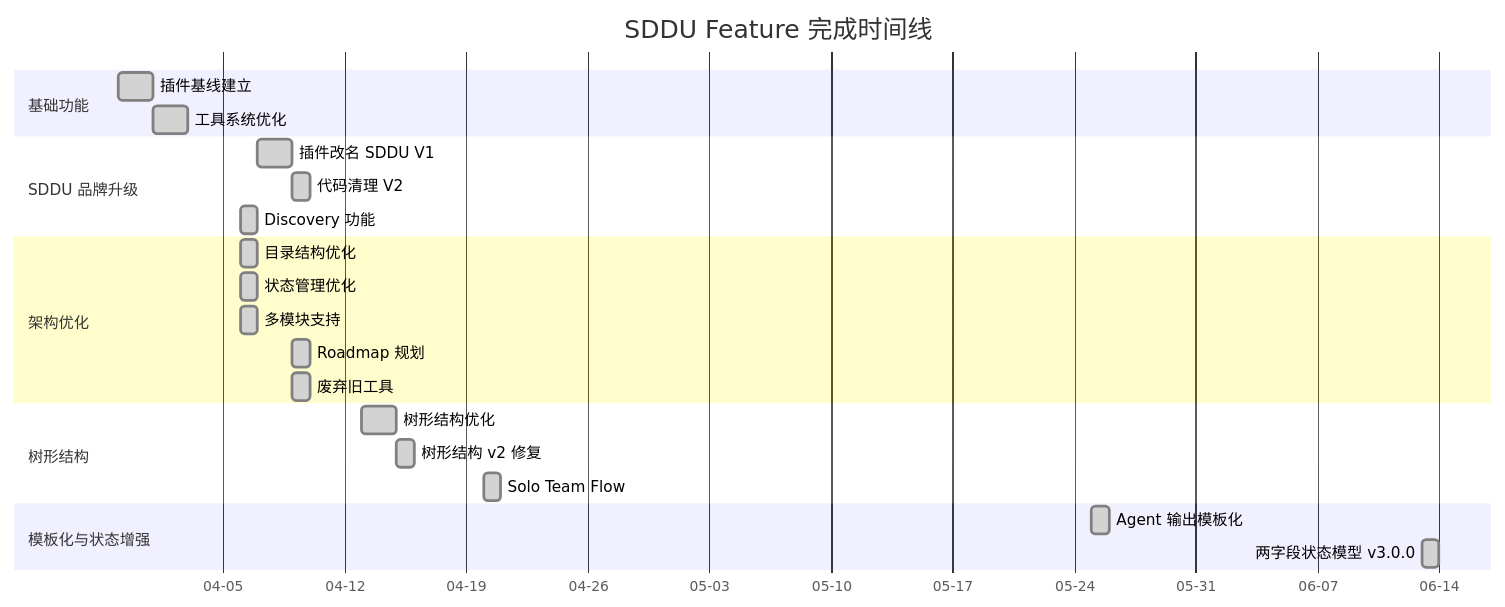
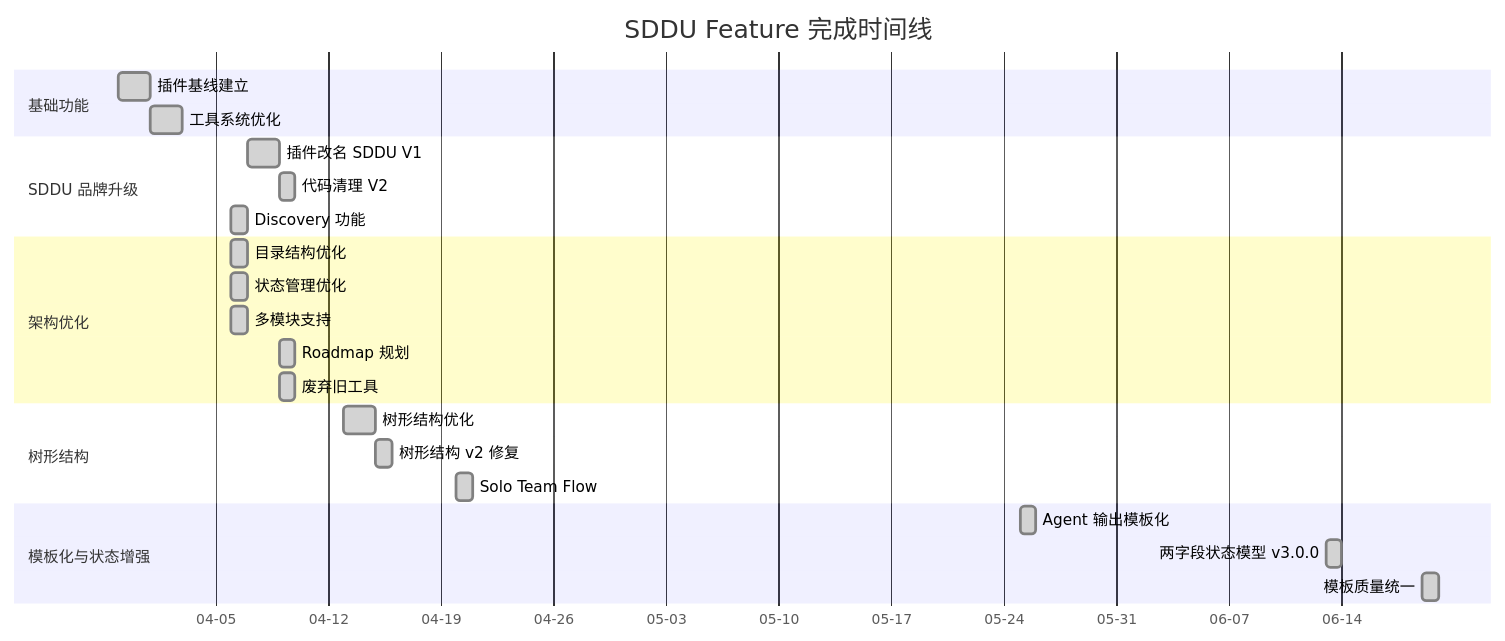
The fourth of 5 diagrams in README.md (THZSummer/sddu), drawn with Mermaid before and after one commit. The commit also changed other lines of this file, not shown here.

````diff
--- a/README.md
+++ b/README.md
@@ -380,31 +381,32 @@
 ```mermaid
 gantt
     title SDDU Feature 完成时间线
     dateFormat  YYYY-MM-DD
     axisFormat  %m-%d
 
     section 基础功能
     插件基线建立          :done, baseline, 2026-03-30, 2d
     工具系统优化          :done, tools, after baseline, 2d
 
     section SDDU 品牌升级
     插件改名 SDDU V1      :done, rename_v1, 2026-04-07, 2d
     代码清理 V2           :done, rename_v2, after rename_v1, 1d
     Discovery 功能        :done, discovery, 2026-04-06, 1d
 
     section 架构优化
     目录结构优化          :done, dir_opt, 2026-04-06, 1d
     状态管理优化          :done, state_opt, 2026-04-06, 1d
     多模块支持            :done, multi_module, 2026-04-06, 1d
     Roadmap 规划          :done, roadmap, 2026-04-09, 1d
     废弃旧工具            :done, deprecate, 2026-04-09, 1d
 
     section 树形结构
     树形结构优化          :done, tree_v1, 2026-04-13, 2d
     树形结构 v2 修复      :done, tree_v2, 2026-04-15, 1d
     Solo Team Flow       :done, solo, 2026-04-20, 1d
 
     section 模板化与状态增强
     Agent 输出模板化      :done, template, 2026-05-25, 1d
     两字段状态模型 v3.0.0 :done, status, 2026-06-13, 1d
+    模板质量统一          :done, tpl_unify, 2026-06-19, 1d
 ```
````
